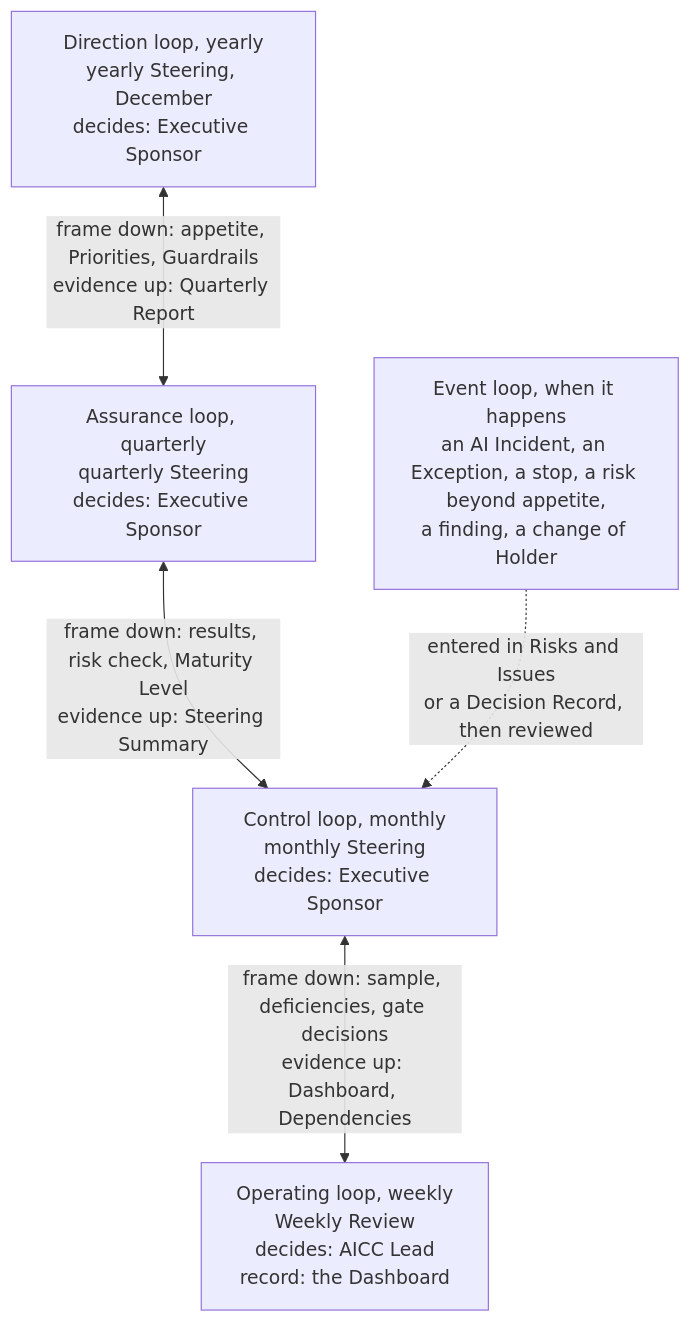
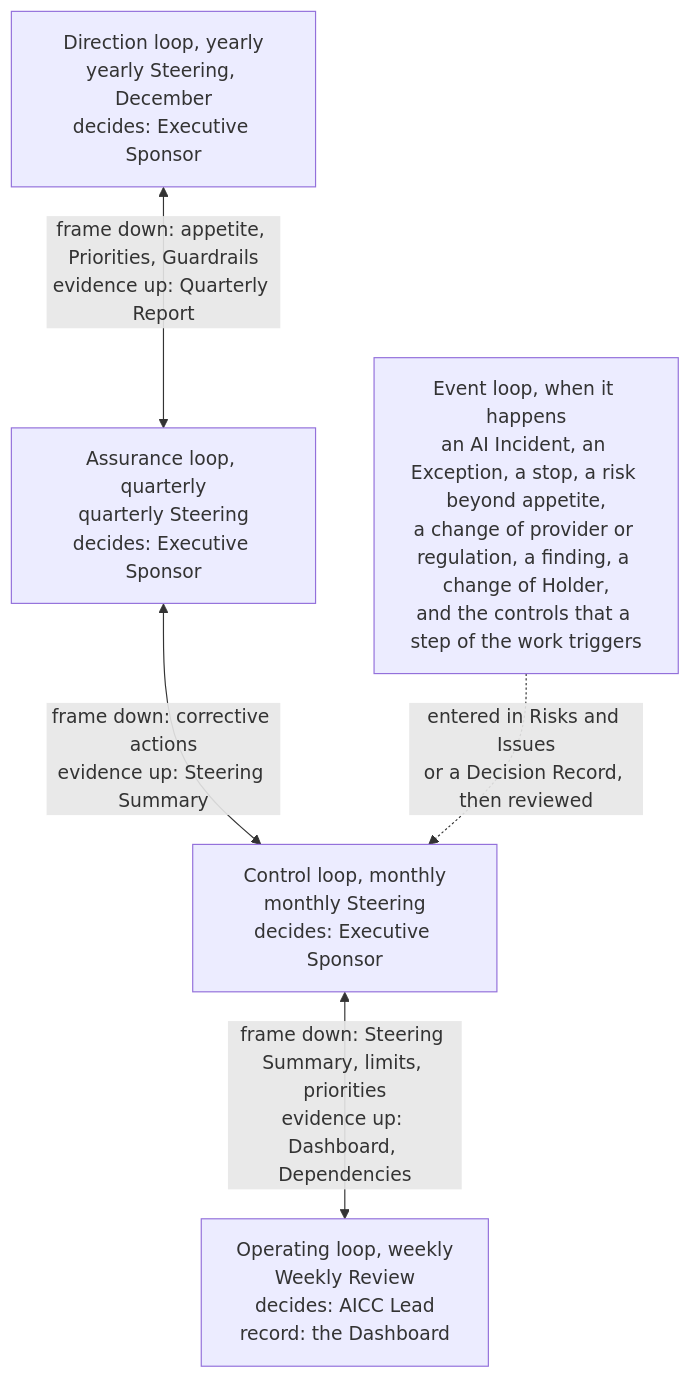
Before and after one commit to devhogu/ob-aicc: the second of 3 diagrams in charter/guides/unit-governance-guide.md, drawn with Mermaid. The commit also changed other lines of this file and 455 other files, not shown here.

First line of the commit message:
Charter and Registry at revision 2.0: the documents carry what the portal states by intent (DR-2026-062)

````diff
--- a/charter/guides/unit-governance-guide.md
+++ b/charter/guides/unit-governance-guide.md
@@ -46,12 +46,12 @@
 ```mermaid
 flowchart TB
   DI["Direction loop, yearly<br/>yearly Steering, December<br/>decides: Executive Sponsor"]
   AS["Assurance loop, quarterly<br/>quarterly Steering<br/>decides: Executive Sponsor"]
   CO["Control loop, monthly<br/>monthly Steering<br/>decides: Executive Sponsor"]
   OP["Operating loop, weekly<br/>Weekly Review<br/>decides: AICC Lead<br/>record: the Dashboard"]
   DI <-->|"frame down: appetite, Priorities, Guardrails<br/>evidence up: Quarterly Report"| AS
-  AS <-->|"frame down: results, risk check, Maturity Level<br/>evidence up: Steering Summary"| CO
-  CO <-->|"frame down: sample, deficiencies, gate decisions<br/>evidence up: Dashboard, Dependencies"| OP
-  EV["Event loop, when it happens<br/>an AI Incident, an Exception, a stop, a risk beyond appetite,<br/>a finding, a change of Holder"]
+  AS <-->|"frame down: corrective actions<br/>evidence up: Steering Summary"| CO
+  CO <-->|"frame down: Steering Summary, limits, priorities<br/>evidence up: Dashboard, Dependencies"| OP
+  EV["Event loop, when it happens<br/>an AI Incident, an Exception, a stop, a risk beyond appetite,<br/>a change of provider or regulation, a finding, a change of Holder,<br/>and the controls that a step of the work triggers"]
   EV -.->|"entered in Risks and Issues<br/>or a Decision Record, then reviewed"| CO
 ```
````
